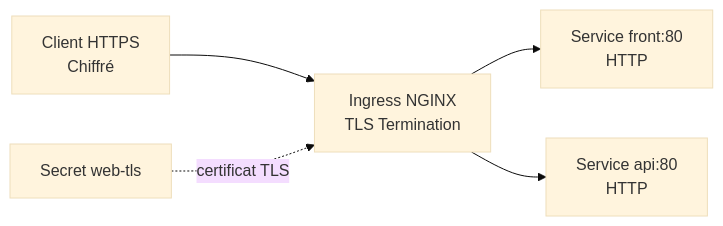
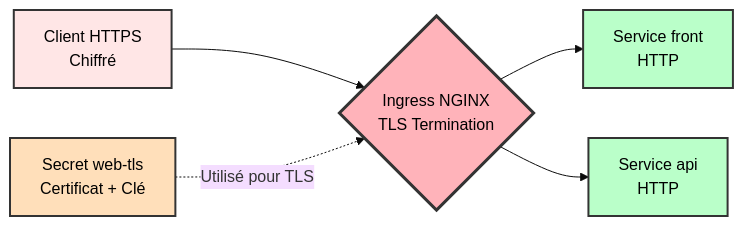
One commit to MPFabio/S4-Ingress-TLS-Config-Secrets changed the third of 9 diagrams in ARCHITECTURE.md. Above: the diagram before and after it, drawn with Mermaid (base theme). The commit also changed other lines of this file and 1 other file, not shown here.

Commit message:
Improve diagram readability with lighter colors

````diff
--- a/ARCHITECTURE.md
+++ b/ARCHITECTURE.md
@@ -50,8 +62,14 @@
 ```mermaid
 flowchart LR
-    A[Client HTTPS<br/>Chiffré] --> B[Ingress NGINX<br/>TLS Termination]
-    B --> C[Service front:80<br/>HTTP]
-    B --> D[Service api:80<br/>HTTP]
+    A[Client HTTPS<br/>Chiffré] --> B{Ingress NGINX<br/>TLS Termination}
+    B --> C[Service front<br/>HTTP]
+    B --> D[Service api<br/>HTTP]
     
-    E[Secret web-tls] -.certificat TLS.-> B
+    E[Secret web-tls<br/>Certificat + Clé] -.Utilisé pour TLS.-> B
+    
+    style A fill:#ffe6e6,stroke:#333,stroke-width:2px,color:#000
+    style B fill:#ffb3ba,stroke:#333,stroke-width:3px,color:#000
+    style C fill:#baffc9,stroke:#333,stroke-width:2px,color:#000
+    style D fill:#baffc9,stroke:#333,stroke-width:2px,color:#000
+    style E fill:#ffdfba,stroke:#333,stroke-width:2px,color:#000
 ```
````
